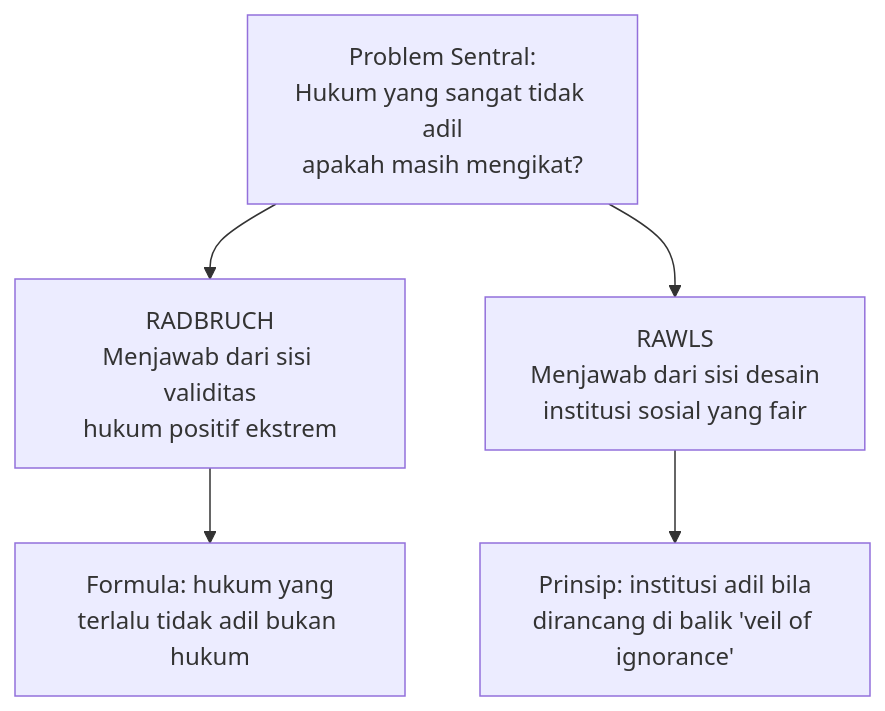
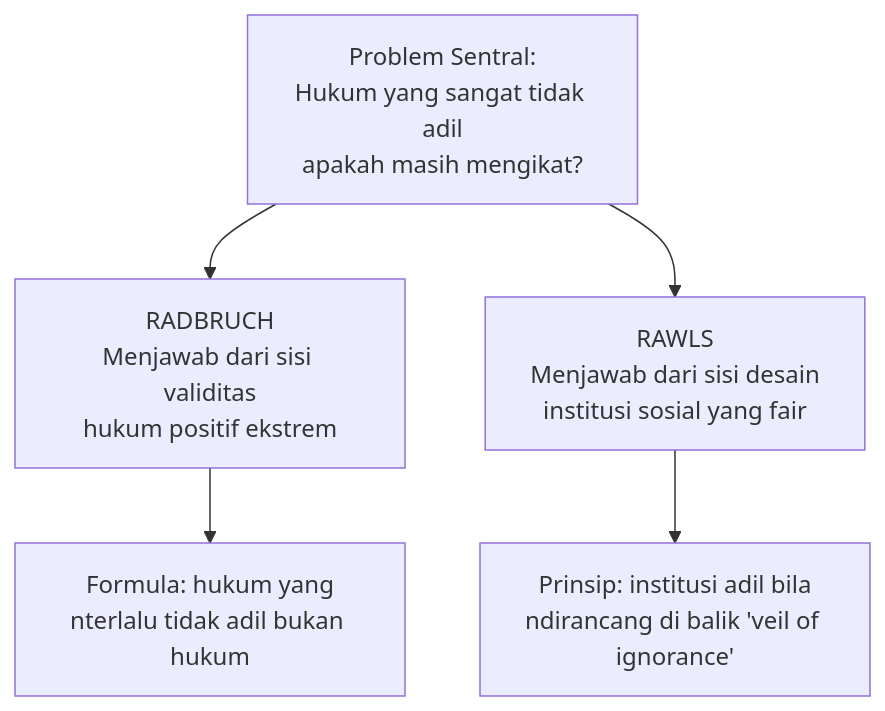
One commit to hifdzimaulana/beate-vivere changed the fifth of 10 diagrams in content/Lectures/filsafat-hukum-postmidterm.md. Above: the diagram before and after it, drawn with Mermaid. The commit also changed other lines of this file, not shown here.

````diff
--- a/content/Lectures/filsafat-hukum-postmidterm.md
+++ b/content/Lectures/filsafat-hukum-postmidterm.md
@@ -325,10 +340,16 @@
 ```mermaid
 graph TD
-    A["Problem Sentral:\nHukum yang sangat tidak adil\napakah masih mengikat?"]
-    B["RADBRUCH\nMenjawab dari sisi validitas\nhukum positif ekstrem"]
-    C["RAWLS\nMenjawab dari sisi desain\ninstitusi sosial yang fair"]
+    A["Problem Sentral:
+Hukum yang sangat tidak adil
+apakah masih mengikat?"]
+    B["RADBRUCH
+Menjawab dari sisi validitas
+hukum positif ekstrem"]
+    C["RAWLS
+Menjawab dari sisi desain
+institusi sosial yang fair"]
     A --> B
     A --> C
-    B --> D["Formula: hukum yang\nterlalu tidak adil bukan hukum"]
-    C --> E["Prinsip: institusi adil bila\ndirancang di balik 'veil of ignorance'"]
+    B --> D["Formula: hukum yang<br/>nterlalu tidak adil bukan hukum"]
+    C --> E["Prinsip: institusi adil bila<br/>ndirancang di balik 'veil of ignorance'"]
 ```
````
